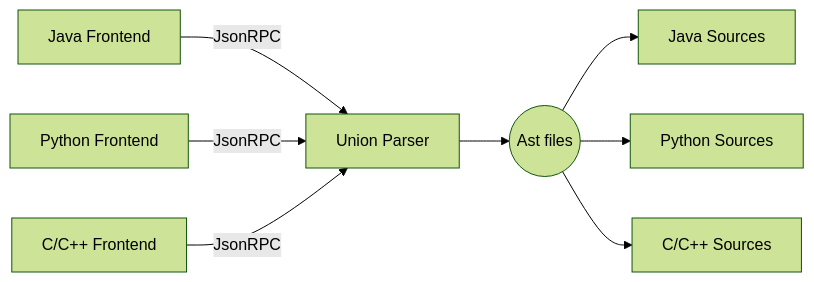
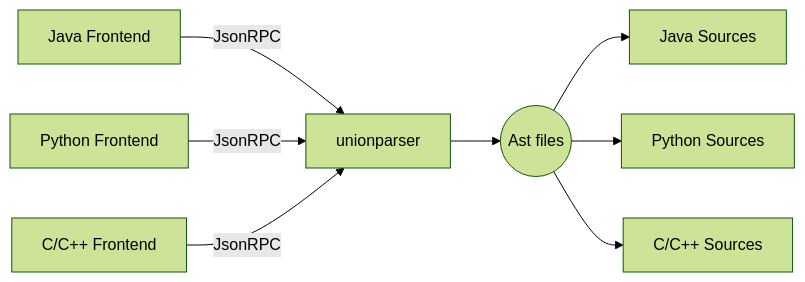
Before and after one commit to FunningC0217/UnionParser: the first of 5 diagrams in README.md, drawn with Mermaid (forest theme). The commit also changed other lines of this file, not shown here.

````diff
--- a/README.md
+++ b/README.md
@@ -9,10 +9,10 @@
 ```mermaid
 graph LR;
-  P1[Java Frontend]--JsonRPC-->UP[Union Parser]
-  P2[Python Frontend]--JsonRPC-->UP[Union Parser]
-  P3[C/C++ Frontend]--JsonRPC-->UP[Union Parser]
+  P1[Java Frontend]--JsonRPC-->UP[unionparser]
+  P2[Python Frontend]--JsonRPC-->UP[unionparser]
+  P3[C/C++ Frontend]--JsonRPC-->UP[unionparser]
   UP-->Ast((Ast files))
   Ast-->A1[Java Sources]
   Ast-->A2[Python Sources]
   Ast-->A3[C/C++ Sources]
 ```
````
